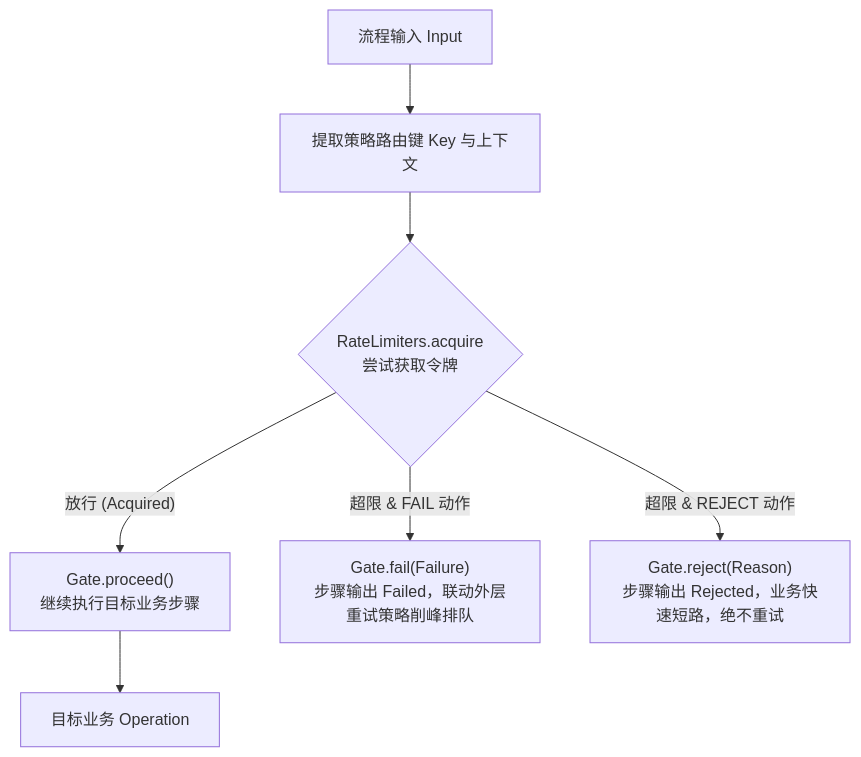
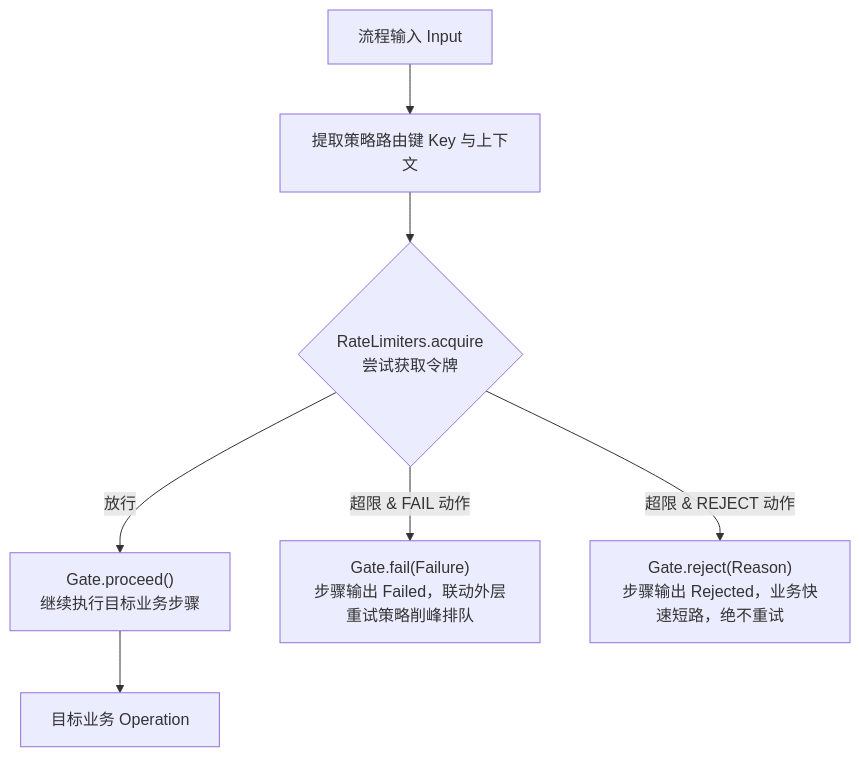
Before and after one commit to team4u/team4u-framework: the first of 2 diagrams in docs/flow/policy-ratelimiter.md, drawn with Mermaid. The commit also changed other lines of this file and 142 other files, not shown here.

````diff
--- a/docs/flow/policy-ratelimiter.md
+++ b/docs/flow/policy-ratelimiter.md
@@ -27,12 +27,12 @@
 ```mermaid
 graph TD
     IN["流程输入 Input"] --> EXTR["提取策略路由键 Key 与上下文"]
     EXTR --> ACQ{"RateLimiters.acquire<br/>尝试获取令牌"}
     
-    ACQ -->|"放行 (Acquired)"| PROCEED["Gate.proceed()<br/>继续执行目标业务步骤"]
+    ACQ -->|"放行"| PROCEED["Gate.proceed()<br/>继续执行目标业务步骤"]
     
     ACQ -->|"超限 & FAIL 动作"| GATE_FAIL["Gate.fail(Failure)<br/>步骤输出 Failed，联动外层重试策略削峰排队"]
     ACQ -->|"超限 & REJECT 动作"| GATE_REJ["Gate.reject(Reason)<br/>步骤输出 Rejected，业务快速短路，绝不重试"]
     
     PROCEED --> OP["目标业务 Operation"]
 ```
````
